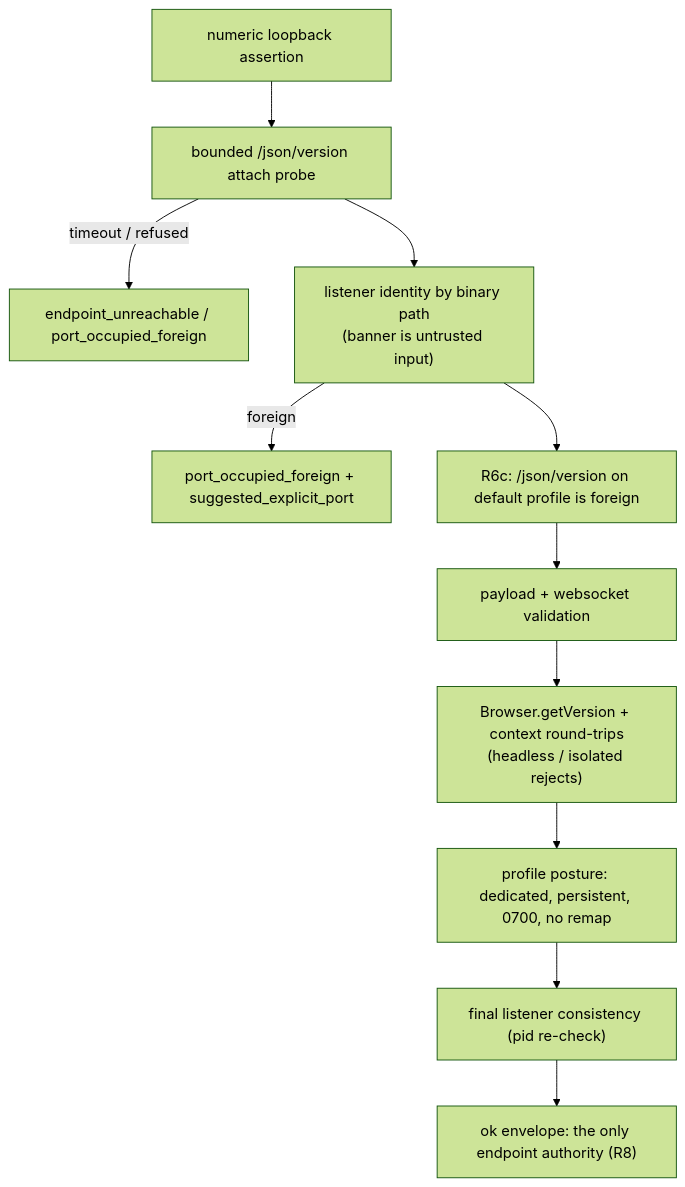
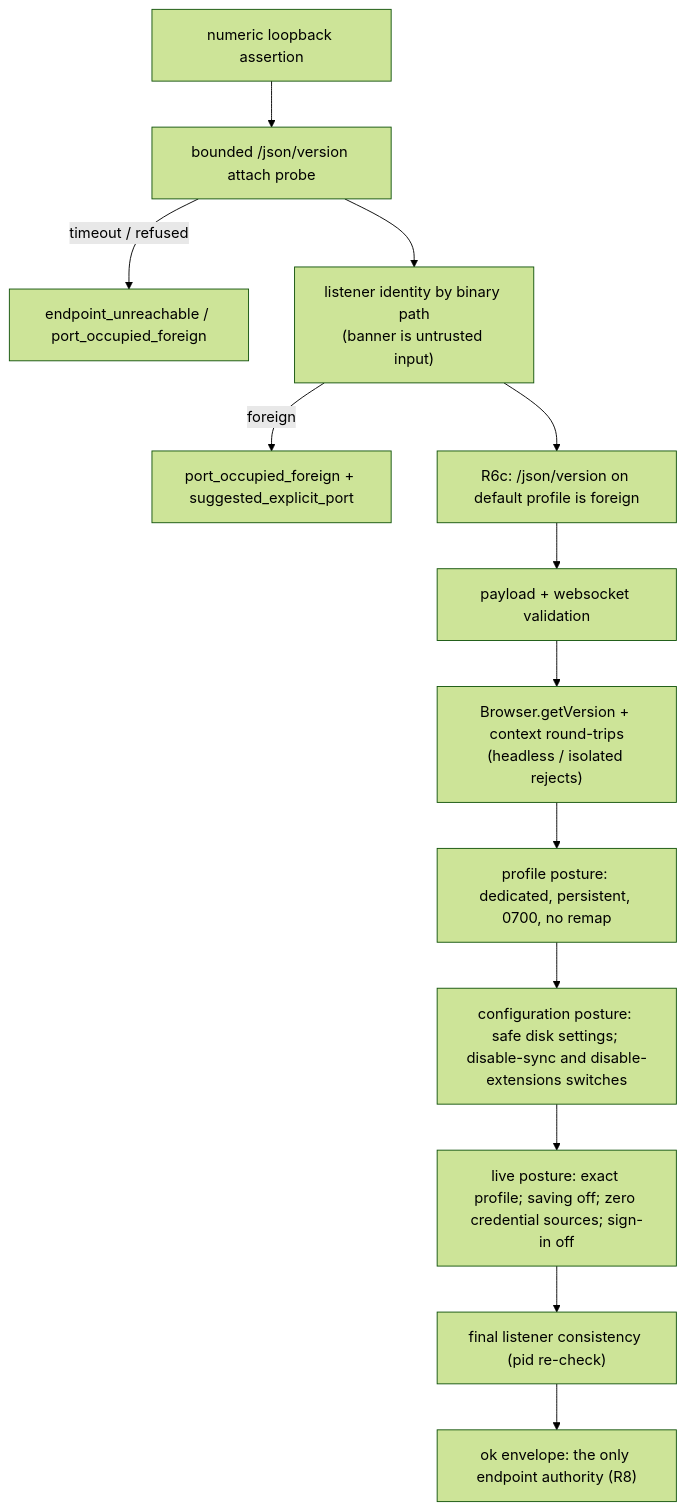
Before and after one commit to nathanvale/claude-code-config: the second of 2 diagrams in runtime/warm-chrome/ARCHITECTURE.md, drawn with Mermaid (forest theme). The commit also changed other lines of this file and 25 other files, not shown here.

Commit message:
feat(warm-chrome): prove credential-clean profile posture

````diff
--- a/runtime/warm-chrome/ARCHITECTURE.md
+++ b/runtime/warm-chrome/ARCHITECTURE.md
@@ -124,13 +131,15 @@
 ```mermaid
 flowchart TD
   Endpoint["numeric loopback assertion"] --> Attach["bounded /json/version attach probe"]
   Attach -- "timeout / refused" --> Unreachable["endpoint_unreachable / port_occupied_foreign"]
   Attach --> Listener["listener identity by binary path<br/>(banner is untrusted input)"]
   Listener -- foreign --> Foreign["port_occupied_foreign + suggested_explicit_port"]
   Listener --> DefaultProfile["R6c: /json/version on default profile is foreign"]
   DefaultProfile --> Payload["payload + websocket validation"]
   Payload --> Cdp["Browser.getVersion + context round-trips<br/>(headless / isolated rejects)"]
   Cdp --> Profile["profile posture: dedicated, persistent, 0700, no remap"]
-  Profile --> Final["final listener consistency (pid re-check)"]
+  Profile --> Config["configuration posture: safe disk settings; disable-sync and disable-extensions switches"]
+  Config --> Clean["live posture: exact profile; saving off; zero credential sources; sign-in off"]
+  Clean --> Final["final listener consistency (pid re-check)"]
   Final --> Verified["ok envelope: the only endpoint authority (R8)"]
 ```
````
